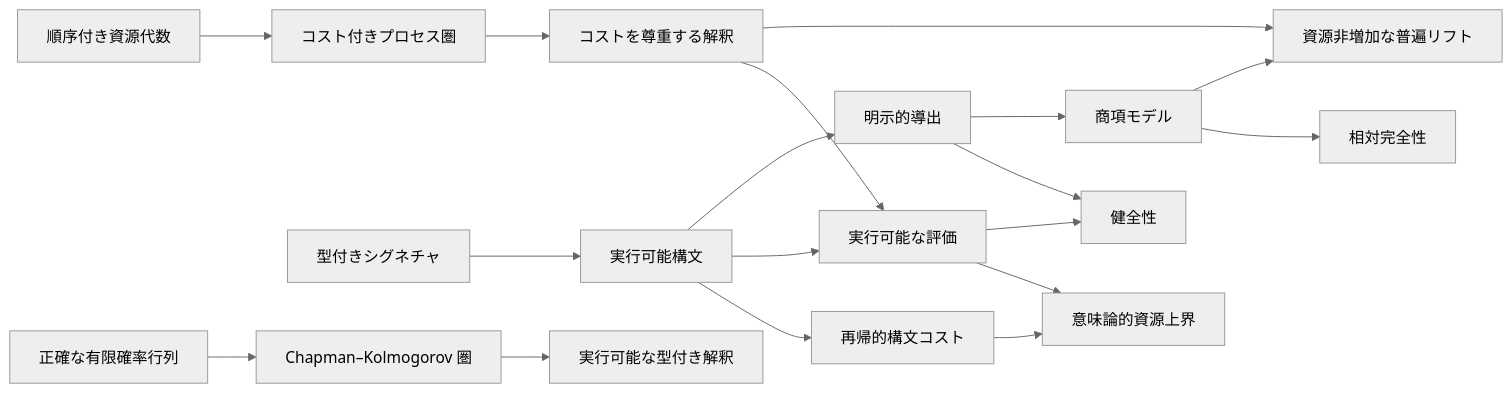
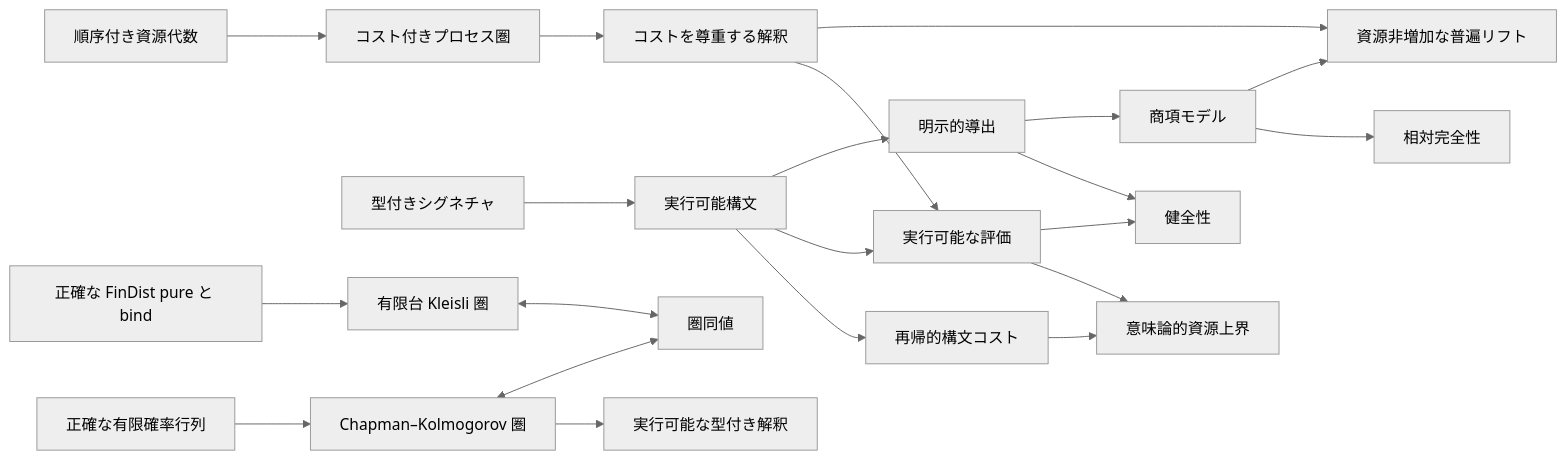
The diagram in docs/README.ja.md (miuchan/ript), drawn with Mermaid (neutral theme) before and after one commit. The commit also changed other lines of this file and 13 other files, not shown here.

````diff
--- a/docs/README.ja.md
+++ b/docs/README.ja.md
@@ -215,20 +235,23 @@
 ```mermaid
 flowchart LR
   R["順序付き資源代数"] --> C["コスト付きプロセス圏"]
   S["型付きシグネチャ"] --> X["実行可能構文"]
   X --> K["再帰的構文コスト"]
   C --> I["コストを尊重する解釈"]
   X --> E["実行可能な評価"]
   I --> E
   K --> B["意味論的資源上界"]
   E --> B
   X --> D["明示的導出"]
   D --> SO["健全性"]
   E --> SO
   D --> T["商項モデル"]
   T --> CO["相対完全性"]
   I --> U["資源非増加な普遍リフト"]
   T --> U
   F["正確な有限確率行列"] --> CK["Chapman–Kolmogorov 圏"]
   CK --> EX["実行可能な型付き解釈"]
+  FD["正確な FinDist pure と bind"] --> KL["有限台 Kleisli 圏"]
+  CK <--> EQ["圏同値"]
+  KL <--> EQ
 ```
````
